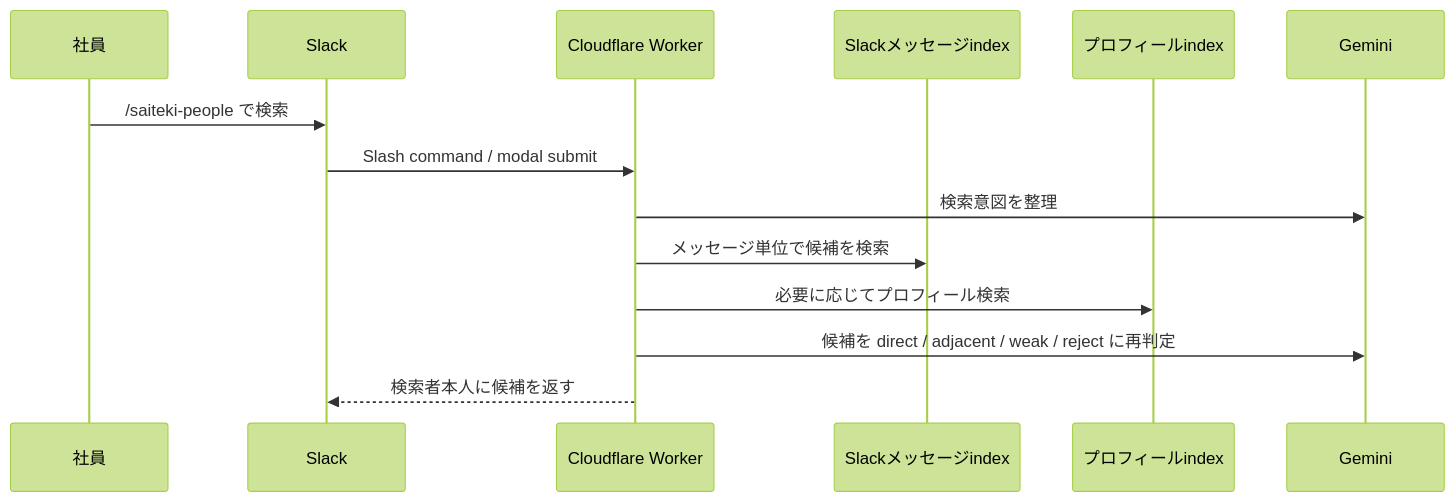
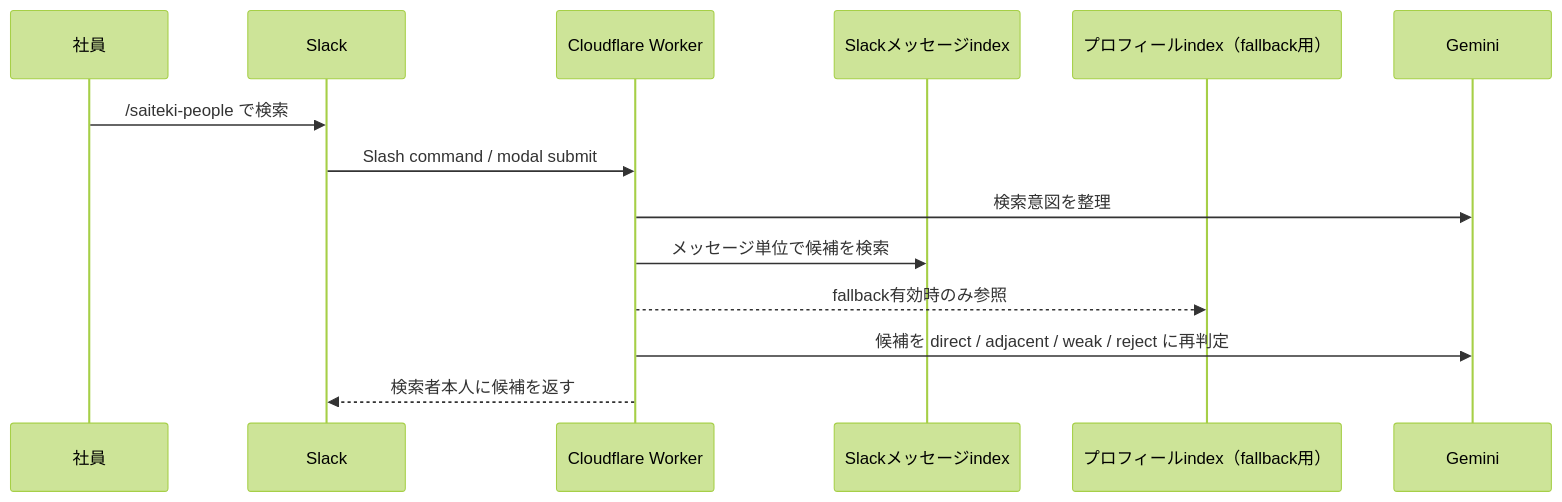
Before and after one commit to Saitekiinc-com/saiteki-doc: the first of 2 diagrams in docs/practices/lv3/employee_profile_search.md, drawn with Mermaid (forest theme). The commit also changed other lines of this file and 2 other files, not shown here.

````diff
--- a/docs/practices/lv3/employee_profile_search.md
+++ b/docs/practices/lv3/employee_profile_search.md
@@ -24,17 +168,17 @@
 ```mermaid
 sequenceDiagram
     participant User as 社員
     participant Slack as Slack
     participant Worker as Cloudflare Worker
     participant MessageIndex as Slackメッセージindex
-    participant ProfileIndex as プロフィールindex
+    participant ProfileIndex as プロフィールindex（fallback用）
     participant AI as Gemini
 
     User->>Slack: /saiteki-people で検索
     Slack->>Worker: Slash command / modal submit
     Worker->>AI: 検索意図を整理
     Worker->>MessageIndex: メッセージ単位で候補を検索
-    Worker->>ProfileIndex: 必要に応じてプロフィール検索
+    Worker-->>ProfileIndex: fallback有効時のみ参照
     Worker->>AI: 候補を direct / adjacent / weak / reject に再判定
     Worker-->>Slack: 検索者本人に候補を返す
 ```
````
